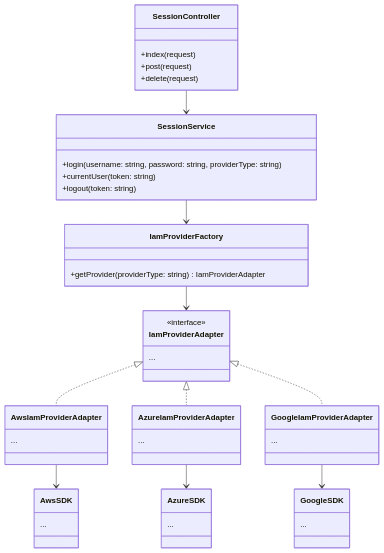
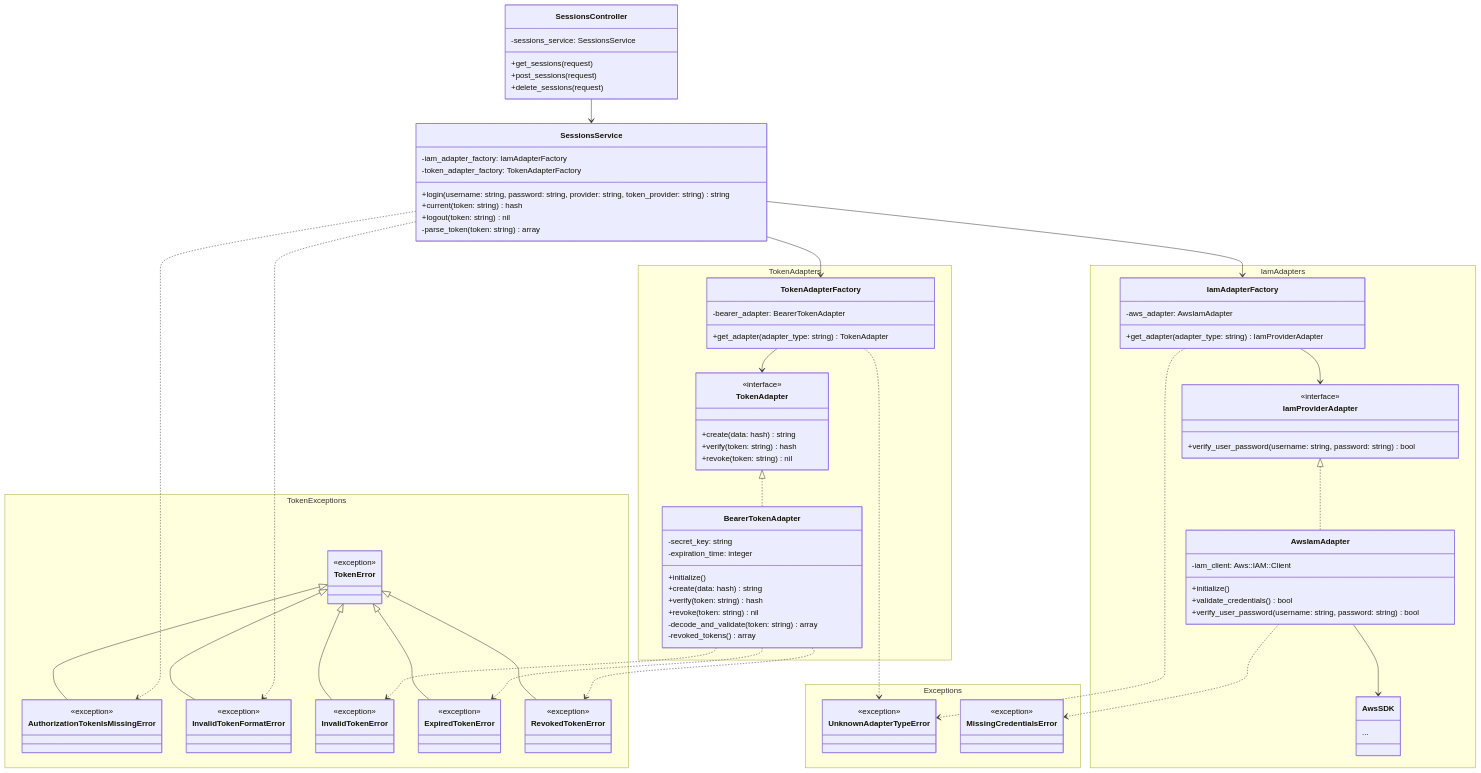
The diagram in docs/class_diagram.md (CPNV-ES-BI-RIA-PROJECT/Authentification), drawn with Mermaid before and after one commit.

Commit message:
docs: Update class diagram with new authentication and token management features

````diff
--- a/docs/class_diagram.md
+++ b/docs/class_diagram.md
@@ -1,57 +1,129 @@
 ```mermaid
 classDiagram
-  class IamProviderAdapter {
-    <<interface>>
-    ...
+  namespace IamAdapters {
+    class IamProviderAdapter {
+      <<interface>>
+      +verify_user_password(username: string, password: string) bool
+    }
+
+    class AwsIamAdapter {
+      -iam_client: Aws::IAM::Client
+      +initialize()
+      +validate_credentials() bool
+      +verify_user_password(username: string, password: string) bool
+    }
+
+    class AwsSDK {
+      ...
+    }
+
+    class IamAdapterFactory {
+      -aws_adapter: AwsIamAdapter
+      +get_adapter(adapter_type: string) IamProviderAdapter
+    }
   }
 
-  class AwsIamProviderAdapter {
-    ...
+  namespace TokenAdapters {
+    class TokenAdapter {
+      <<interface>>
+      +create(data: hash) string
+      +verify(token: string) hash
+      +revoke(token: string) nil
+    }
+
+    class BearerTokenAdapter {
+      -secret_key: string
+      -expiration_time: integer
+      +initialize()
+      +create(data: hash) string
+      +verify(token: string) hash
+      +revoke(token: string) nil
+      -decode_and_validate(token: string) array
+      -revoked_tokens() array
+    }
+
+    class TokenAdapterFactory {
+      -bearer_adapter: BearerTokenAdapter
+      +get_adapter(adapter_type: string) TokenAdapter
+    }
   }
 
-  class AzureIamProviderAdapter {
-    ...
+  class SessionsService {
+    -iam_adapter_factory: IamAdapterFactory
+    -token_adapter_factory: TokenAdapterFactory
+    +login(username: string, password: string, provider: string, token_provider: string) string
+    +current(token: string) hash
+    +logout(token: string) nil
+    -parse_token(token: string) array
   }
 
-  class GoogleIamProviderAdapter {
-    ...
+  class SessionsController {
+    -sessions_service: SessionsService
+    +get_sessions(request)
+    +post_sessions(request)
+    +delete_sessions(request)
   }
 
-  class AwsSDK {
-    ...
+  namespace Exceptions {
+    class UnknownAdapterTypeError {
+      <<exception>>
+    }
+
+    class MissingCredentialsError {
+      <<exception>>
+    }
   }
 
-  class AzureSDK {
-    ...
+  namespace TokenExceptions {
+    class AuthorizationTokenIsMissingError {
+      <<exception>>
+    }
+
+    class InvalidTokenFormatError {
+      <<exception>>
+    }
+
+    class InvalidTokenError {
+      <<exception>>
+    }
+
+    class ExpiredTokenError {
+      <<exception>>
+    }
+
+    class RevokedTokenError {
+      <<exception>>
+    }
+
+    class TokenError {
+      <<exception>>
+    }
   }
 
-  class GoogleSDK {
-    ...
-  }
+  SessionsController --> SessionsService
+  SessionsService --> IamAdapterFactory
+  SessionsService --> TokenAdapterFactory
 
-  class IamProviderFactory {
-    +getProvider(providerType: string) IamProviderAdapter
-  }
+  IamAdapterFactory --> IamProviderAdapter
+  TokenAdapterFactory --> TokenAdapter
 
-  class SessionService {
-    +login(username: string, password: string, providerType: string)
-    +currentUser(token: string)
-    +logout(token: string)
-  }
+  IamProviderAdapter <|.. AwsIamAdapter
+  TokenAdapter <|.. BearerTokenAdapter
 
-  class SessionController {
-    +index(request)
-    +post(request)
-    +delete(request)
-  }
+  AwsIamAdapter --> AwsSDK
 
-  SessionController --> SessionService
-  SessionService --> IamProviderFactory
-  IamProviderFactory --> IamProviderAdapter
-  IamProviderAdapter <|.. AwsIamProviderAdapter
-  IamProviderAdapter <|.. AzureIamProviderAdapter
-  IamProviderAdapter <|.. GoogleIamProviderAdapter
-  AwsIamProviderAdapter --> AwsSDK
-  AzureIamProviderAdapter --> AzureSDK
-  GoogleIamProviderAdapter --> GoogleSDK
+  IamAdapterFactory ..> UnknownAdapterTypeError
+  TokenAdapterFactory ..> UnknownAdapterTypeError
+  AwsIamAdapter ..> MissingCredentialsError
+
+  TokenError <|-- AuthorizationTokenIsMissingError
+  TokenError <|-- InvalidTokenFormatError
+  TokenError <|-- InvalidTokenError
+  TokenError <|-- ExpiredTokenError
+  TokenError <|-- RevokedTokenError
+  SessionsService ..> AuthorizationTokenIsMissingError
+  SessionsService ..> InvalidTokenFormatError
+  BearerTokenAdapter ..> InvalidTokenError
+  BearerTokenAdapter ..> ExpiredTokenError
+  BearerTokenAdapter ..> RevokedTokenError
 ```
````
